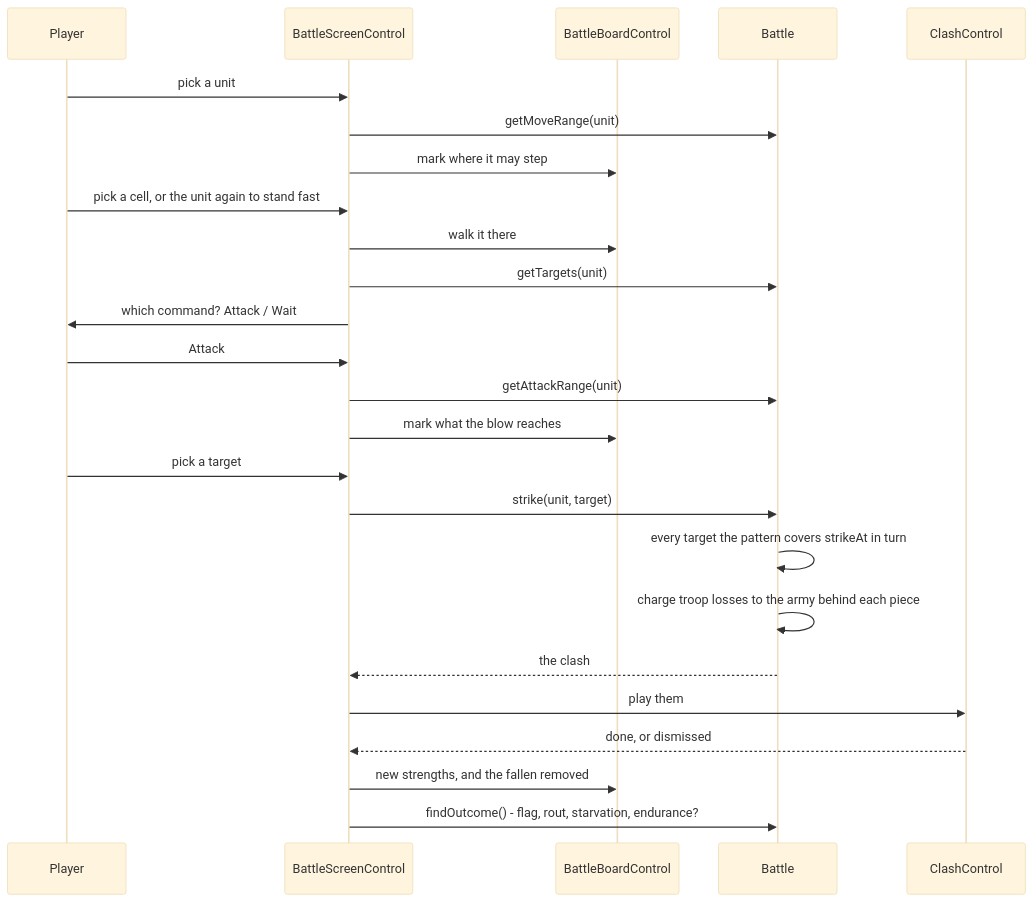
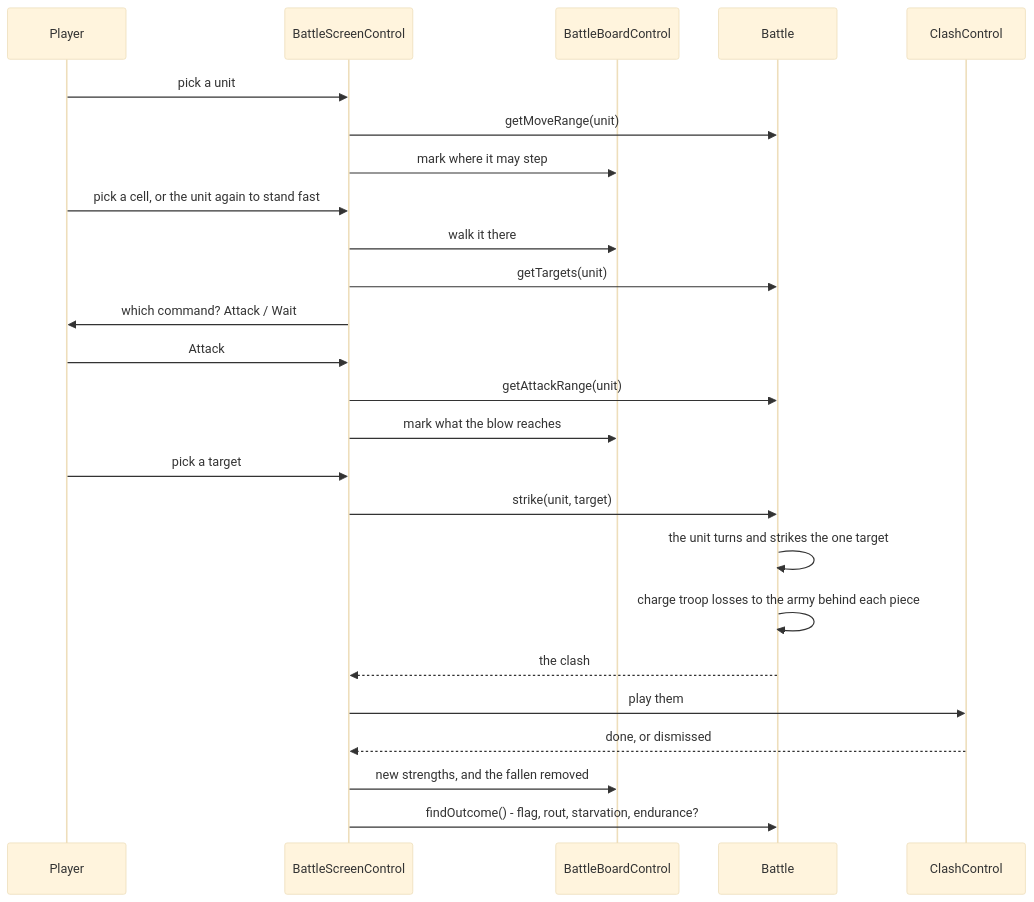
One commit to pslotinsky/kunstkamera changed the third of 4 diagrams in gemstorm/docs/design/08-3-blows-and-casualties.md. Above: the diagram before and after it, drawn with Mermaid (base theme). The commit also changed other lines of this file and 19 other files, not shown here.

````diff
--- a/gemstorm/docs/design/08-3-blows-and-casualties.md
+++ b/gemstorm/docs/design/08-3-blows-and-casualties.md
@@ -350,27 +334,27 @@
 ```mermaid
 sequenceDiagram
   participant Player
   participant Screen as BattleScreenControl
   participant Board as BattleBoardControl
   participant Battle
   participant Clash as ClashControl
   Player->>Screen: pick a unit
   Screen->>Battle: getMoveRange(unit)
   Screen->>Board: mark where it may step
   Player->>Screen: pick a cell, or the unit again to stand fast
   Screen->>Board: walk it there
   Screen->>Battle: getTargets(unit)
   Screen->>Player: which command? Attack / Wait
   Player->>Screen: Attack
   Screen->>Battle: getAttackRange(unit)
   Screen->>Board: mark what the blow reaches
   Player->>Screen: pick a target
   Screen->>Battle: strike(unit, target)
-  Battle->>Battle: every target the pattern covers strikeAt in turn
+  Battle->>Battle: the unit turns and strikes the one target
   Battle->>Battle: charge troop losses to the army behind each piece
   Battle-->>Screen: the clash
   Screen->>Clash: play them
   Clash-->>Screen: done, or dismissed
   Screen->>Board: new strengths, and the fallen removed
   Screen->>Battle: findOutcome() - flag, rout, starvation, endurance?
 ```
````
